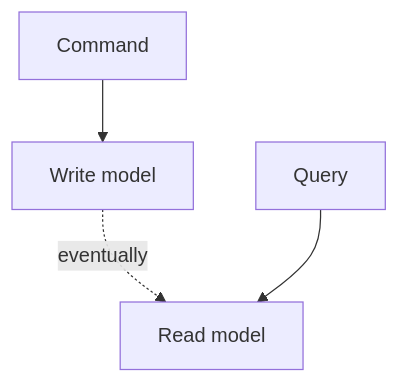
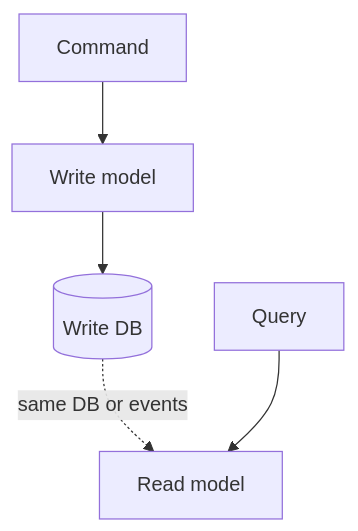
One commit to Bezugsmolluske/knowledge-base changed the diagram in Backend/Use case patterns/CQRS.md. Above: the diagram before and after it, drawn with Mermaid. The commit also changed other lines of this file and 15 other files, not shown here.

````diff
--- a/Backend/Use case patterns/CQRS.md
+++ b/Backend/Use case patterns/CQRS.md
@@ -22,6 +26,7 @@
 ```mermaid
 graph TD
 Cmd[Command] --> W[Write model]
-W -.->|eventually| RM[Read model]
+W --> DB[(Write DB)]
+DB -.->|"same DB or events"| RM[Read model]
 Q[Query] --> RM
 ```
````
